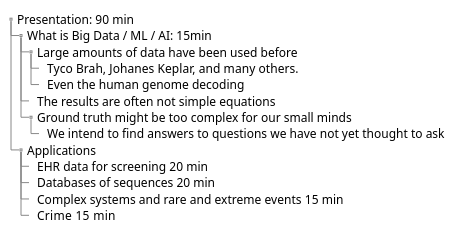
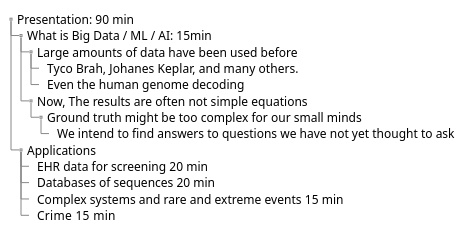
Before and after one commit to zeroknowledgediscovery/zedwiki: the diagram in presentations/BigData4SmallMinds.md, drawn with PlantUML.

Commit message:
Updated BigData4SmallMinds.md (markdown)

```diff
--- a/presentations/BigData4SmallMinds.md
+++ b/presentations/BigData4SmallMinds.md
@@ -1,20 +1,20 @@
 @startuml
 salt
 {
 {T
  + Presentation: 90 min
  ++ What is Big Data / ML / AI: 15min
  +++ Large amounts of data have been used before
  ++++ Tyco Brah, Johanes Keplar, and many others.
  ++++ Even the human genome decoding
- +++ The results are often not simple equations
- +++ Ground truth might be too complex for our small minds
- ++++ We intend to find answers to questions we have not yet thought to ask
+ +++ Now, The results are often not simple equations
+ ++++Ground truth might be too complex for our small minds
+ +++++ We intend to find answers to questions we have not yet thought to ask
  ++ Applications
  +++ EHR data for screening 20 min
  +++ Databases of sequences 20 min
  +++ Complex systems and rare and extreme events 15 min
  +++ Crime  15 min
  }
 }
 @enduml
```
